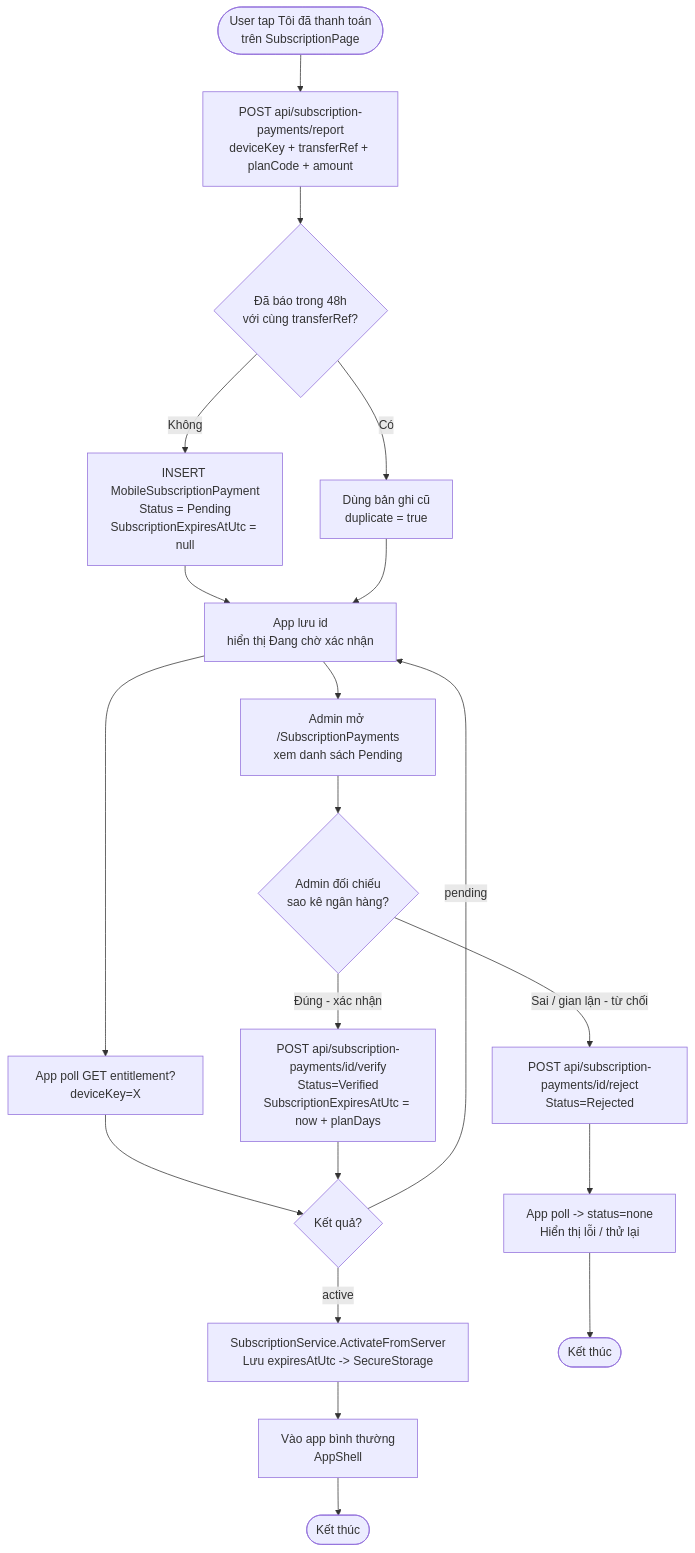
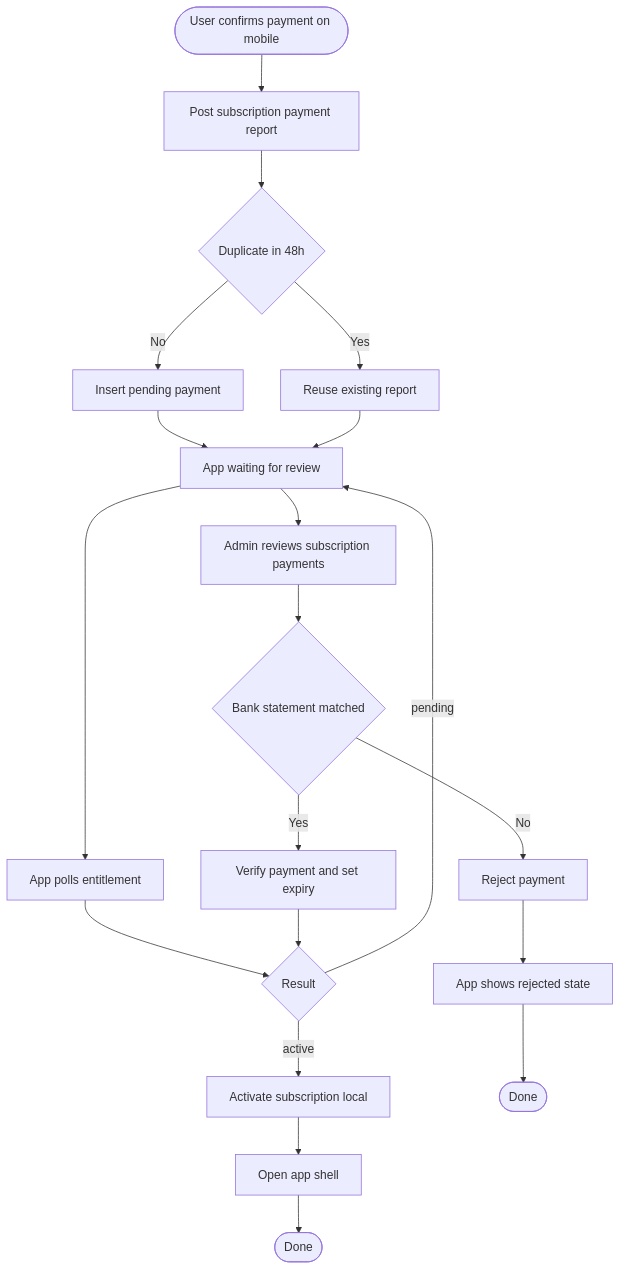
One commit to KhanhChung2k5/k_tour changed diagram 37 of 44 in docs/PRODUCT_REQUIREMENTS.md. Above: the diagram before and after it, drawn with Mermaid. The commit also changed other lines of this file, not shown here.

Commit message:
Fix display diagram on github

````diff
--- a/docs/PRODUCT_REQUIREMENTS.md
+++ b/docs/PRODUCT_REQUIREMENTS.md
@@ -1748,24 +1750,24 @@
 ```mermaid
 flowchart TD
-    Start([User tap Tôi đã thanh toán<br/>trên SubscriptionPage]) --> Report[POST api/subscription-payments/report<br/>deviceKey + transferRef + planCode + amount]
-    Report --> Dup{Đã báo trong 48h<br/>với cùng transferRef?}
-    Dup -->|Có| UseDup[Dùng bản ghi cũ<br/>duplicate = true]
-    Dup -->|Không| SavePending[INSERT MobileSubscriptionPayment<br/>Status = Pending<br/>SubscriptionExpiresAtUtc = null]
-    SavePending --> AppWait[App lưu id<br/>hiển thị Đang chờ xác nhận]
+    Start([User confirms payment on mobile]) --> Report[Post subscription payment report]
+    Report --> Dup{Duplicate in 48h}
+    Dup -->|Yes| UseDup[Reuse existing report]
+    Dup -->|No| SavePending[Insert pending payment]
+    SavePending --> AppWait[App waiting for review]
     UseDup --> AppWait
 
-    AppWait --> Poll[App poll GET entitlement?deviceKey=X]
-    Poll --> PollResult{Kết quả?}
+    AppWait --> Poll[App polls entitlement]
+    Poll --> PollResult{Result}
     PollResult -->|pending| AppWait
-    PollResult -->|active| Activate["SubscriptionService.ActivateFromServer<br/>Lưu expiresAtUtc -> SecureStorage"]
-    Activate --> LoadApp[Vào app bình thường<br/>AppShell]
-    LoadApp --> End([Kết thúc])
+    PollResult -->|active| Activate[Activate subscription local]
+    Activate --> LoadApp[Open app shell]
+    LoadApp --> End([Done])
 
-    AppWait --> AdminSide[Admin mở /SubscriptionPayments<br/>xem danh sách Pending]
-    AdminSide --> AdminDecide{Admin đối chiếu<br/>sao kê ngân hàng?}
-    AdminDecide -->|Đúng - xác nhận| Verify[POST api/subscription-payments/id/verify<br/>Status=Verified<br/>SubscriptionExpiresAtUtc = now + planDays]
-    AdminDecide -->|Sai / gian lận - từ chối| Reject[POST api/subscription-payments/id/reject<br/>Status=Rejected]
+    AppWait --> AdminSide[Admin reviews subscription payments]
+    AdminSide --> AdminDecide{Bank statement matched}
+    AdminDecide -->|Yes| Verify[Verify payment and set expiry]
+    AdminDecide -->|No| Reject[Reject payment]
     Verify --> PollResult
-    Reject --> NotifyReject[App poll -> status=none<br/>Hiển thị lỗi / thử lại]
-    NotifyReject --> End2([Kết thúc])
+    Reject --> NotifyReject[App shows rejected state]
+    NotifyReject --> End2([Done])
 ```
````
